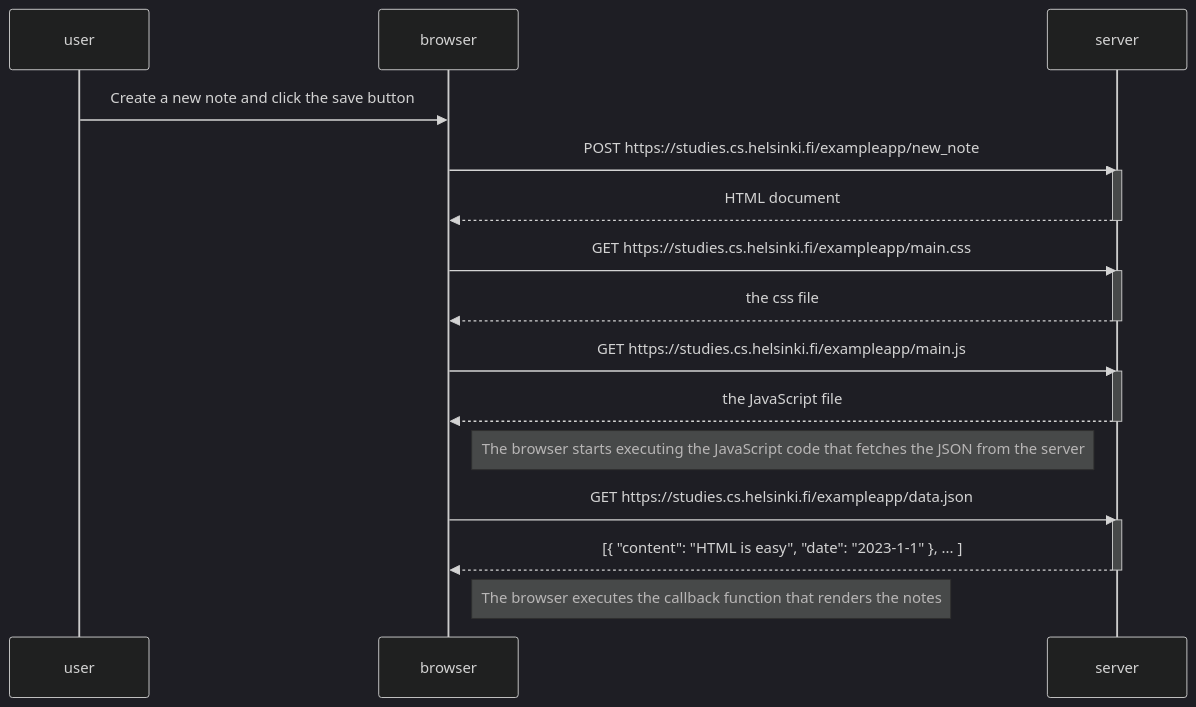
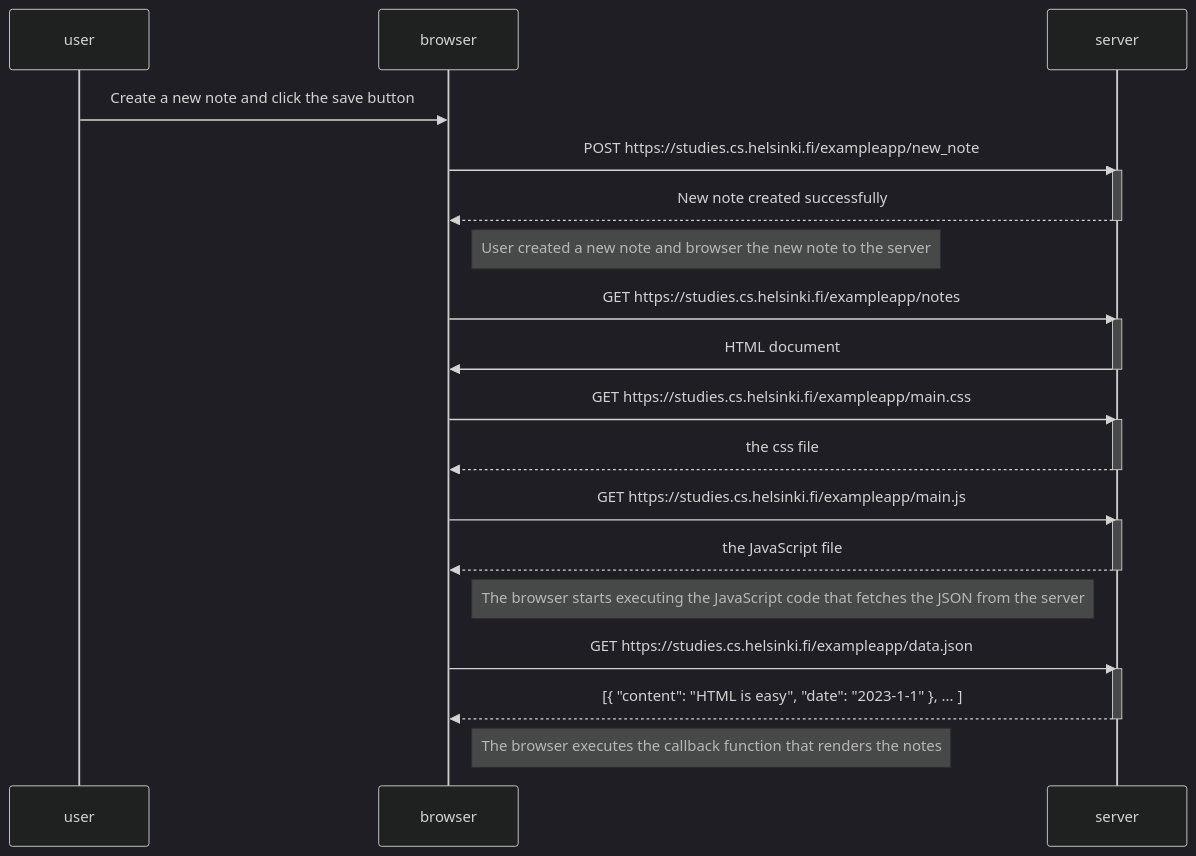
The diagram in part0/0.4: New note diagram.md (hellojeremyonly/full-stack-open), drawn with Mermaid (dark theme) before and after one commit.

Commit message:
Update 0.4: New note diagram.md

````diff
--- a/part0/0.4: New note diagram.md
+++ b/part0/0.4: New note diagram.md
@@ -1,31 +1,38 @@
 ```mermaid
 sequenceDiagram
     participant user
     participant browser
     participant server
 
     user->>browser: Create a new note and click the save button
     browser->>server: POST https://studies.cs.helsinki.fi/exampleapp/new_note
     activate server
-    server-->>browser: HTML document
+    server-->>browser: New note created successfully
+    deactivate server
+
+    Note right of browser: User created a new note and browser the new note to the server
+
+    browser->>server: GET https://studies.cs.helsinki.fi/exampleapp/notes
+    activate server
+    server->>browser: HTML document
     deactivate server
 
     browser->>server: GET https://studies.cs.helsinki.fi/exampleapp/main.css
     activate server
     server-->>browser: the css file
     deactivate server
 
     browser->>server: GET https://studies.cs.helsinki.fi/exampleapp/main.js
     activate server
     server-->>browser: the JavaScript file
     deactivate server
 
     Note right of browser: The browser starts executing the JavaScript code that fetches the JSON from the server
 
     browser->>server: GET https://studies.cs.helsinki.fi/exampleapp/data.json
     activate server
     server-->>browser: [{ "content": "HTML is easy", "date": "2023-1-1" }, ... ]
     deactivate server
 
     Note right of browser: The browser executes the callback function that renders the notes
 ```
````
